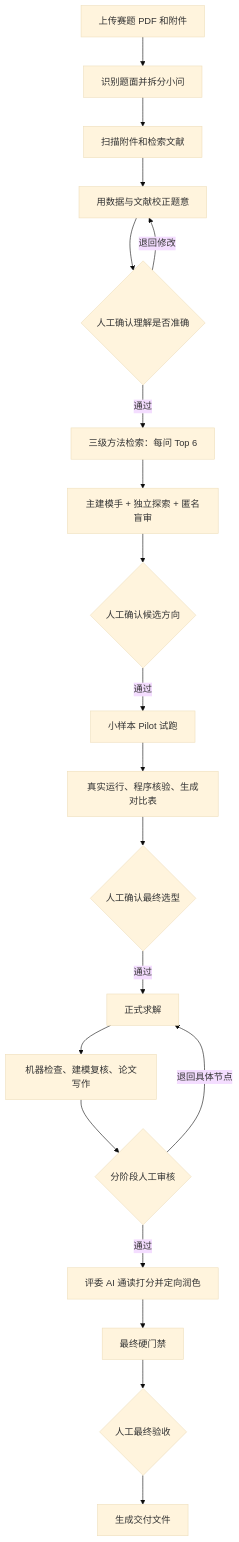
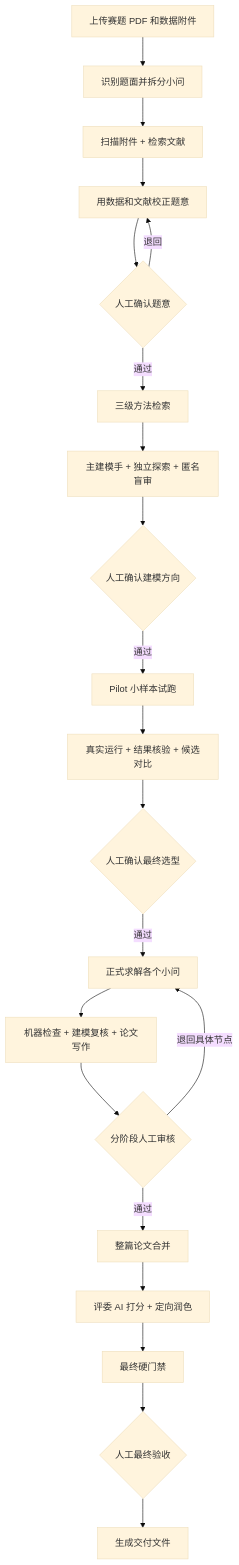
Before and after one commit to ysm827/Remit: the diagram in docs/workflow.md, drawn with Mermaid (base theme). The commit also changed other lines of this file and 1 other file, not shown here.

````diff
--- a/docs/workflow.md
+++ b/docs/workflow.md
@@ -17,22 +53,23 @@
 ```mermaid
 flowchart TD
-    A[上传赛题 PDF 和附件] --> B[识别题面并拆分小问]
-    B --> C[扫描附件和检索文献]
-    C --> D[用数据与文献校正题意]
-    D --> E{人工确认理解是否准确}
-    E -- 退回修改 --> D
-    E -- 通过 --> F[三级方法检索：每问 Top 6]
+    A[上传赛题 PDF 和数据附件] --> B[识别题面并拆分小问]
+    B --> C[扫描附件 + 检索文献]
+    C --> D[用数据和文献校正题意]
+    D --> E{人工确认题意}
+    E -- 退回 --> D
+    E -- 通过 --> F[三级方法检索]
     F --> G[主建模手 + 独立探索 + 匿名盲审]
-    G --> H{人工确认候选方向}
-    H -- 通过 --> I[小样本 Pilot 试跑]
-    I --> J[真实运行、程序核验、生成对比表]
+    G --> H{人工确认建模方向}
+    H -- 通过 --> I[Pilot 小样本试跑]
+    I --> J[真实运行 + 结果核验 + 候选对比]
     J --> K{人工确认最终选型}
-    K -- 通过 --> L[正式求解]
-    L --> M[机器检查、建模复核、论文写作]
+    K -- 通过 --> L[正式求解各个小问]
+    L --> M[机器检查 + 建模复核 + 论文写作]
     M --> N{分阶段人工审核}
     N -- 退回具体节点 --> L
-    N -- 通过 --> O[评委 AI 通读打分并定向润色]
-    O --> P[最终硬门禁]
-    P --> Q{人工最终验收}
-    Q --> R[生成交付文件]
+    N -- 通过 --> O[整篇论文合并]
+    O --> P[评委 AI 打分 + 定向润色]
+    P --> Q[最终硬门禁]
+    Q --> R{人工最终验收}
+    R --> S[生成交付文件]
 ```
````
